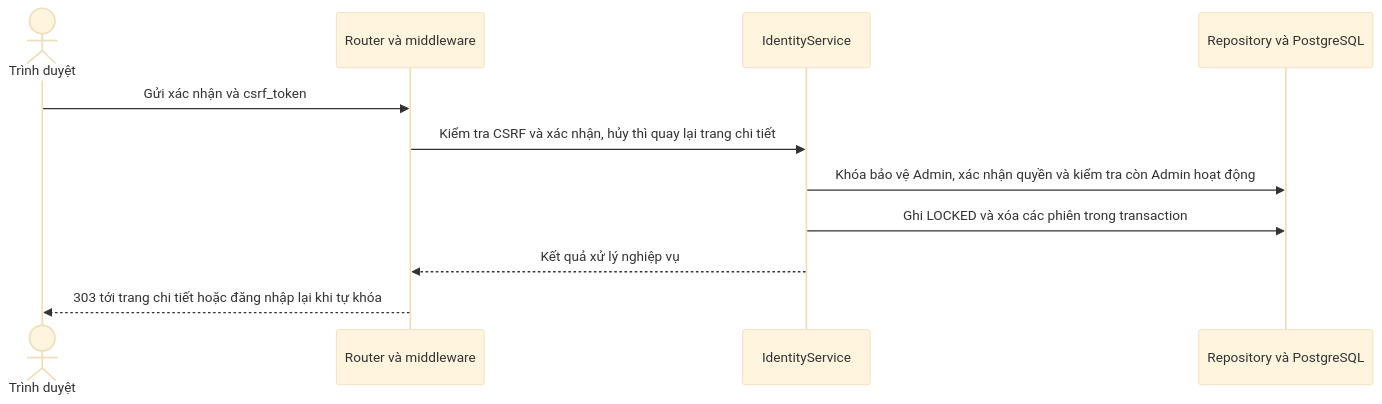
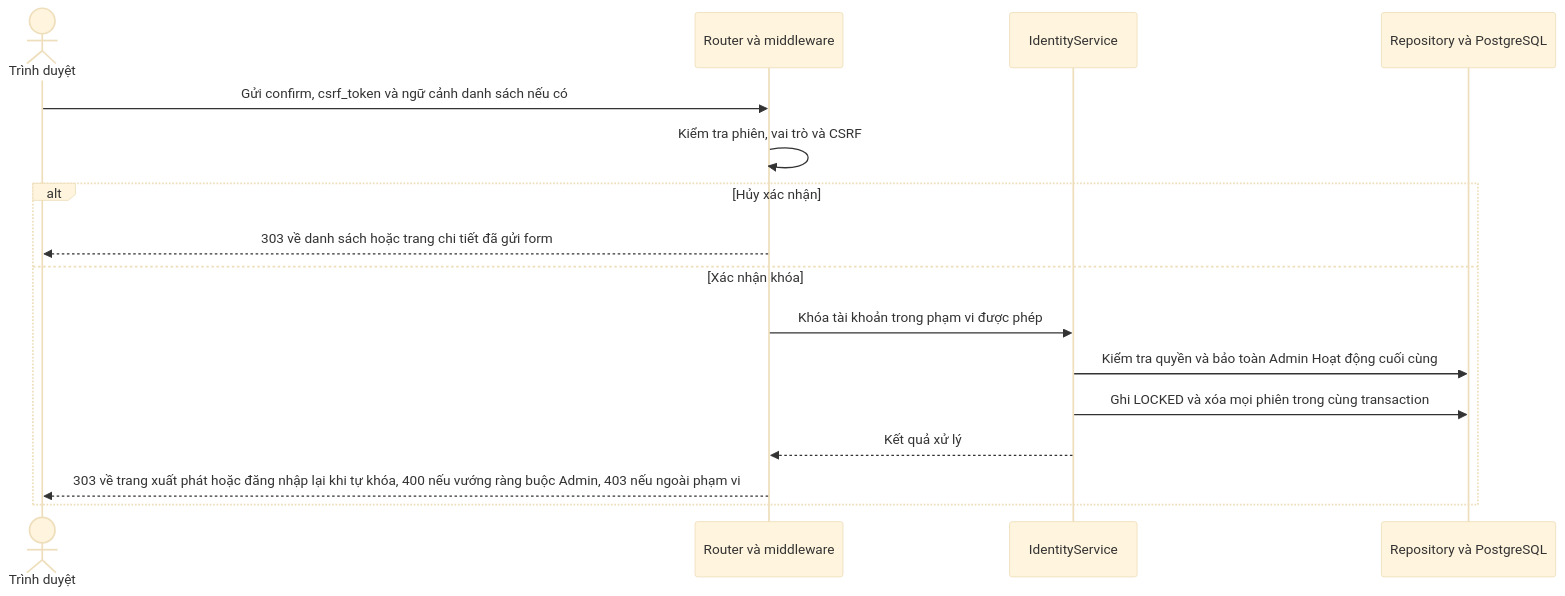
One commit to thanhklt/sobie-swimwear-e-commerce changed the diagram in docs/sequence/identity/post-admin-accounts-key-lock.md. Above: the diagram before and after it, drawn with Mermaid (base theme). The commit also changed other lines of this file and 72 other files, not shown here.

````diff
--- a/docs/sequence/identity/post-admin-accounts-key-lock.md
+++ b/docs/sequence/identity/post-admin-accounts-key-lock.md
@@ -5,13 +5,18 @@
 ```mermaid
 sequenceDiagram
     actor Browser as Trình duyệt
     participant Route as Router và middleware
     participant Service as IdentityService
     participant Data as Repository và PostgreSQL
-    Browser->>Route: Gửi xác nhận và csrf_token
-    Route->>Service: Kiểm tra CSRF và xác nhận, hủy thì quay lại trang chi tiết
-    Service->>Data: Khóa bảo vệ Admin, xác nhận quyền và kiểm tra còn Admin hoạt động
-    Service->>Data: Ghi LOCKED và xóa các phiên trong transaction
-    Service-->>Route: Kết quả xử lý nghiệp vụ
-    Route-->>Browser: 303 tới trang chi tiết hoặc đăng nhập lại khi tự khóa
+    Browser->>Route: Gửi confirm, csrf_token và ngữ cảnh danh sách nếu có
+    Route->>Route: Kiểm tra phiên, vai trò và CSRF
+    alt Hủy xác nhận
+        Route-->>Browser: 303 về danh sách hoặc trang chi tiết đã gửi form
+    else Xác nhận khóa
+        Route->>Service: Khóa tài khoản trong phạm vi được phép
+        Service->>Data: Kiểm tra quyền và bảo toàn Admin Hoạt động cuối cùng
+        Service->>Data: Ghi LOCKED và xóa mọi phiên trong cùng transaction
+        Service-->>Route: Kết quả xử lý
+        Route-->>Browser: 303 về trang xuất phát hoặc đăng nhập lại khi tự khóa, 400 nếu vướng ràng buộc Admin, 403 nếu ngoài phạm vi
+    end
 ```
````
